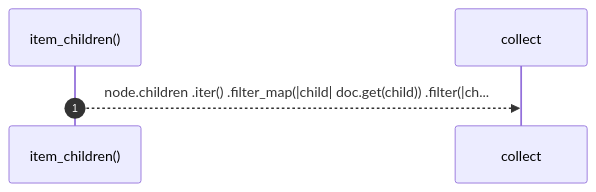
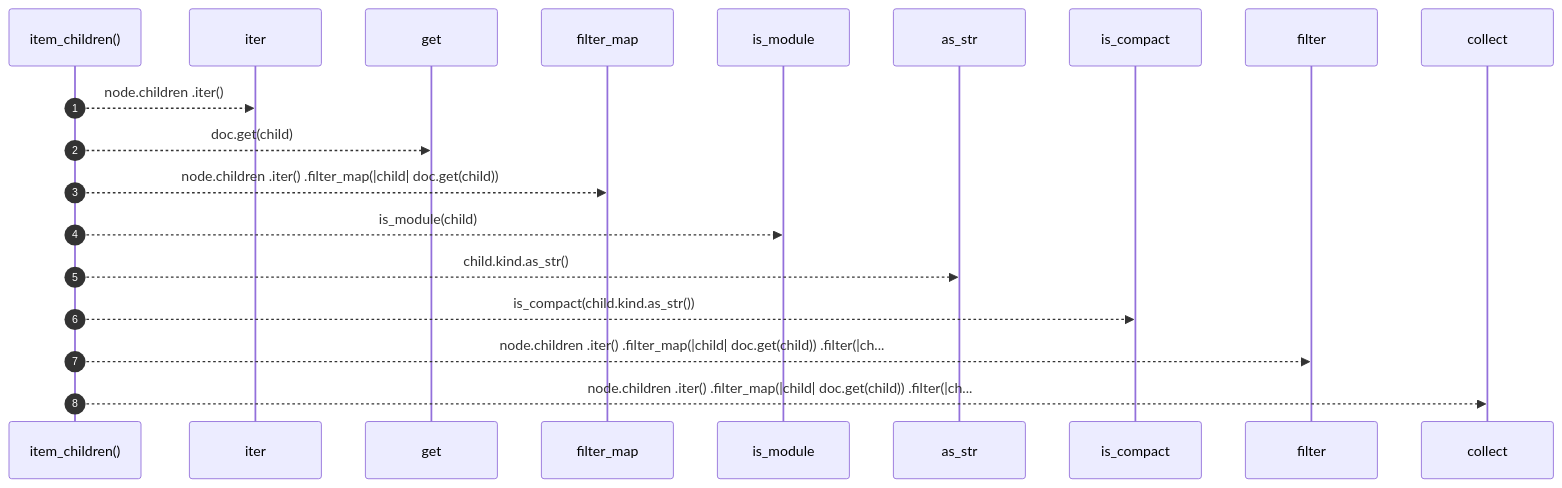
Before and after one commit to RyanGuild/self-describing-code: the diagram in docs/self-model/robby_render/tree/item-children.md, drawn with Mermaid. The commit also changed other lines of this file and 1404 other files, not shown here.

````diff
--- a/docs/self-model/robby_render/tree/item-children.md
+++ b/docs/self-model/robby_render/tree/item-children.md
@@ -27,7 +27,21 @@
 ```mermaid
 sequenceDiagram
     autonumber
     participant item_children as item_children()
+    participant iter as iter
+    participant get as get
+    participant filter_map as filter_map
+    participant is_module as is_module
+    participant as_str as as_str
+    participant is_compact as is_compact
+    participant filter as filter
     participant collect as collect
+    item_children-->>iter: node.children .iter()
+    item_children-->>get: doc.get(child)
+    item_children-->>filter_map: node.children .iter() .filter_map(|child| doc.get(child))
+    item_children-->>is_module: is_module(child)
+    item_children-->>as_str: child.kind.as_str()
+    item_children-->>is_compact: is_compact(child.kind.as_str())
+    item_children-->>filter: node.children .iter() .filter_map(|child| doc.get(child)) .filter(|ch...
     item_children-->>collect: node.children .iter() .filter_map(|child| doc.get(child)) .filter(|ch...
 ```
````
